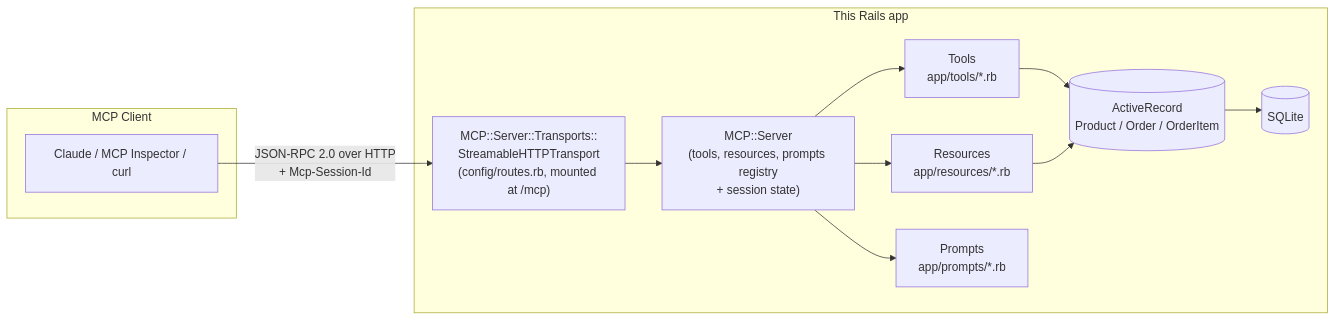
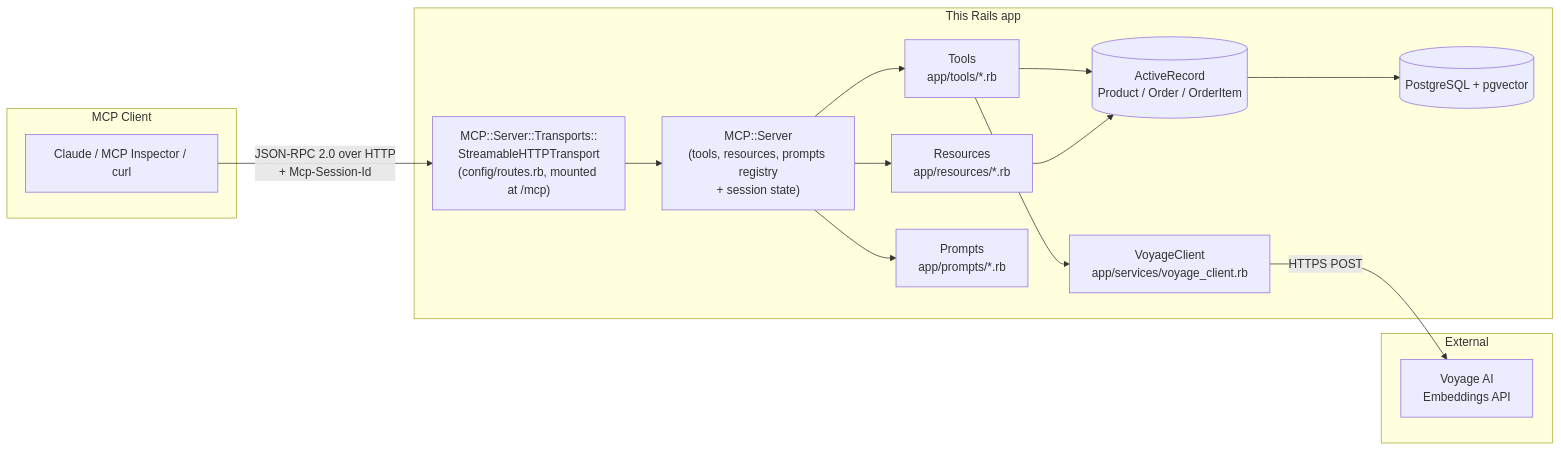
One commit to mjesar/shop_mcp_server changed the first of 2 diagrams in README.md. Above: the diagram before and after it, drawn with Mermaid. The commit also changed other lines of this file, not shown here.

````diff
--- a/README.md
+++ b/README.md
@@ -50,25 +56,32 @@
 ```mermaid
 flowchart LR
     subgraph Client["MCP Client"]
         A[Claude / MCP Inspector / curl]
     end
 
     subgraph Server["This Rails app"]
         B["MCP::Server::Transports::\nStreamableHTTPTransport\n(config/routes.rb, mounted at /mcp)"]
         C["MCP::Server\n(tools, resources, prompts registry\n+ session state)"]
         D["Tools\napp/tools/*.rb"]
         E["Resources\napp/resources/*.rb"]
         F["Prompts\napp/prompts/*.rb"]
+        VC["VoyageClient\napp/services/voyage_client.rb"]
         G[(ActiveRecord\nProduct / Order / OrderItem)]
-        H[(SQLite)]
+        H[(PostgreSQL + pgvector)]
+    end
+
+    subgraph External["External"]
+        I[Voyage AI\nEmbeddings API]
     end
 
     A -- "JSON-RPC 2.0 over HTTP\n+ Mcp-Session-Id" --> B
     B --> C
     C --> D
     C --> E
     C --> F
     D --> G
+    D --> VC
+    VC -- "HTTPS POST" --> I
     E --> G
     G --> H
 ```
````
